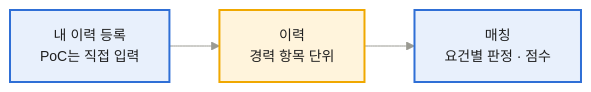
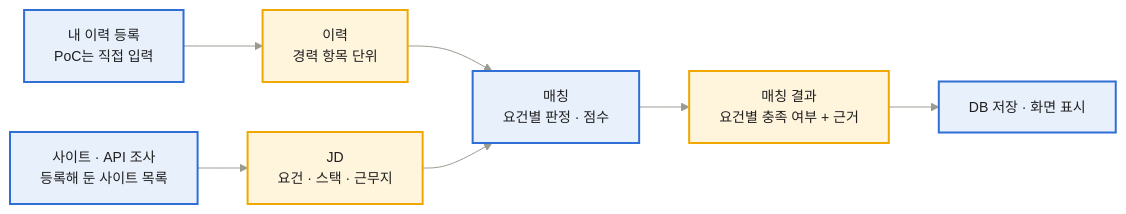
One commit to seung-gu/job-matching-agent changed the fifth of 6 diagrams in docs/meetings/2026-10-20/_test.md. Above: the diagram before and after it, drawn with Mermaid. The commit also changed other lines of this file, not shown here.

Commit message:
Temporary mermaid rendering test 2 (to be removed)

````diff
--- a/docs/meetings/2026-10-20/_test.md
+++ b/docs/meetings/2026-10-20/_test.md
@@ -28,9 +99,15 @@
 ```mermaid
-%%{init: {"theme": "base", "themeVariables": {"fontSize": "14px", "lineColor": "#9a9a92", "clusterBkg": "#f4f4f2", "clusterBorder": "#dcdcd6", "edgeLabelBackground": "#ffffff", "primaryTextColor": "#1f1f1f"}}}%%
+%%{init: {"theme": "base", "themeVariables": {"fontSize": "14px", "lineColor": "#9a9a92", "clusterBkg": "#f4f4f2", "clusterBorder": "#dcdcd6", "edgeLabelBackground": "#ffffff", "primaryTextColor": "#1f1f1f"}, "flowchart": {"wrappingWidth": 400}}}%%
 flowchart LR
   REG["내 이력 등록<br/>PoC는 직접 입력"]:::done --> RES["이력<br/>경력 항목 단위"]:::todo --> MATCH["매칭<br/>요건별 판정 · 점수"]:::done
+  SRC["사이트 · API 조사<br/>등록해 둔 사이트 목록"]:::done --> JD["JD<br/>요건 · 스택 · 근무지"]:::todo --> MATCH
+  MATCH --> MR["매칭 결과<br/>요건별 충족 여부 + 근거"]:::todo --> OUT["DB 저장 · 화면 표시"]:::done
 
 classDef done fill:#e8f0fc,stroke:#2f6fd6,stroke-width:2px,color:#1f1f1f
 classDef todo fill:#fff4dc,stroke:#f0a800,stroke-width:2px,color:#1f1f1f
+classDef later fill:#fffbf2,stroke:#f0a800,stroke-width:2px,stroke-dasharray:6 4,color:#1f1f1f
+classDef ext fill:#ffffff,stroke:#b5b5ad,color:#1f1f1f
+classDef code fill:#ececea,stroke:#d6d6d2,color:#1f1f1f
+classDef fake fill:#ffffff,stroke:#b5b5ad,stroke-dasharray:5 4,color:#1f1f1f
 classDef note fill:none,stroke:none,color:#555555
 ```
````
